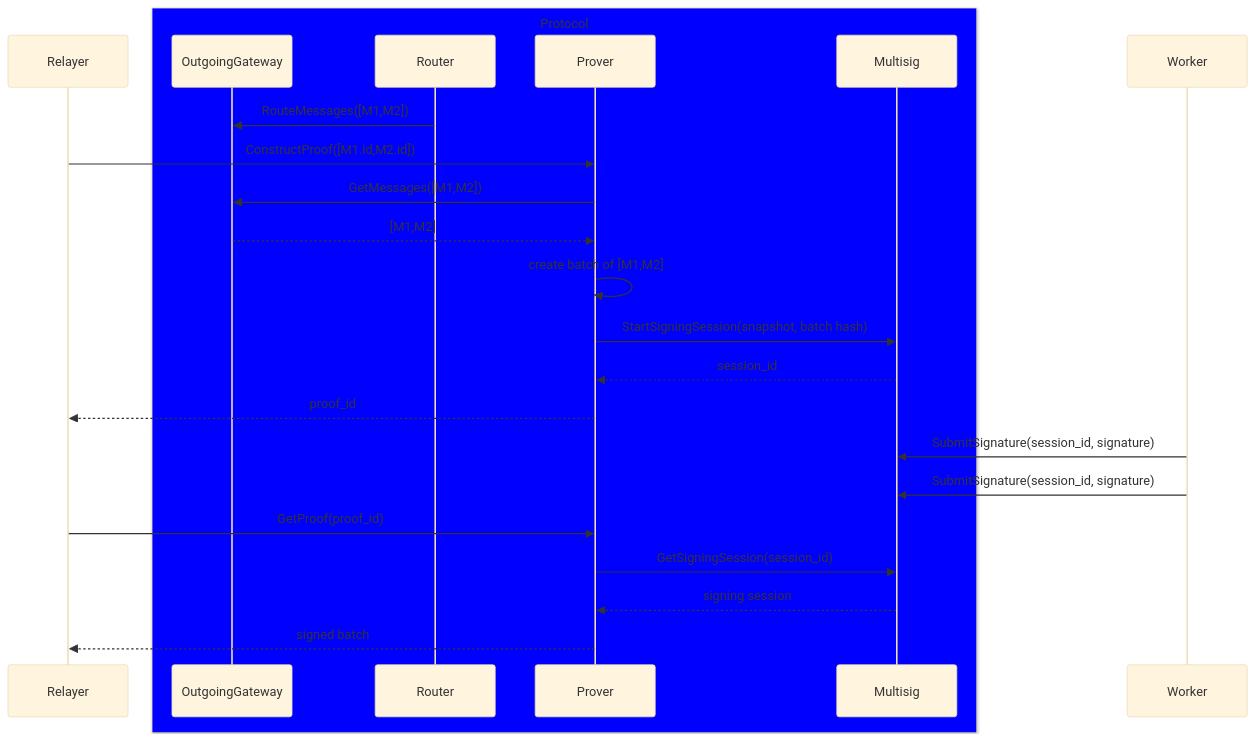
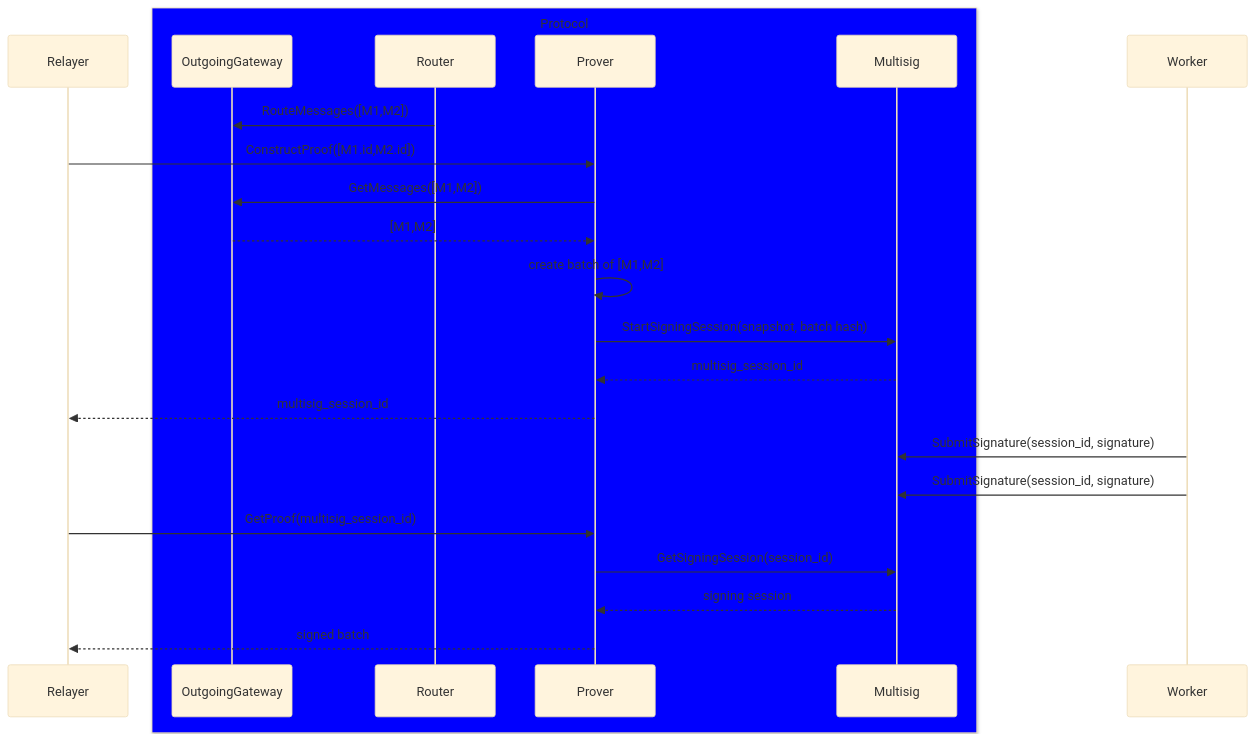
The fourth of 4 diagrams in README.md (kadev2176/axelar-amplifier), drawn with Mermaid (base theme) before and after one commit. The commit also changed other lines of this file and 24 other files, not shown here.

First line of the commit message:
feat(multisig-prover): add contract entry points (#50)

````diff
--- a/README.md
+++ b/README.md
@@ -99,28 +99,28 @@
 ```mermaid
 sequenceDiagram
     participant Relayer
     box Blue Protocol
     participant OutgoingGateway
     participant Router
     participant Prover
     participant Multisig
     end
     participant Worker
 
 
     Router->>OutgoingGateway: RouteMessages([M1,M2])
     Relayer->>Prover: ConstructProof([M1.id,M2.id])
     Prover->>OutgoingGateway: GetMessages([M1,M2])
     OutgoingGateway-->>Prover: [M1,M2]
     Prover->>Prover: create batch of [M1,M2]
     Prover->>Multisig: StartSigningSession(snapshot, batch hash)
-    Multisig-->>Prover: session_id
-    Prover-->>Relayer: proof_id
+    Multisig-->>Prover: multisig_session_id
+    Prover-->>Relayer: multisig_session_id
     Worker->>Multisig: SubmitSignature(session_id, signature)
     Worker->>Multisig: SubmitSignature(session_id, signature)
-    Relayer->>Prover: GetProof(proof_id)
+    Relayer->>Prover: GetProof(multisig_session_id)
     Prover->>Multisig: GetSigningSession(session_id)
     Multisig-->>Prover: signing session
     Prover-->>Relayer: signed batch
 
 ```
````
